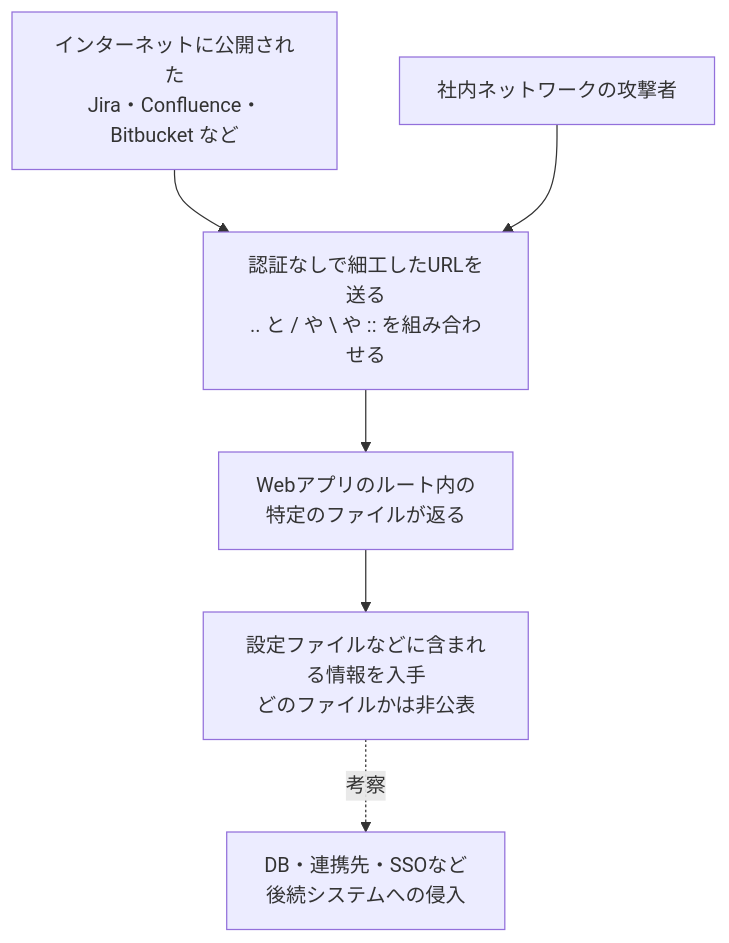
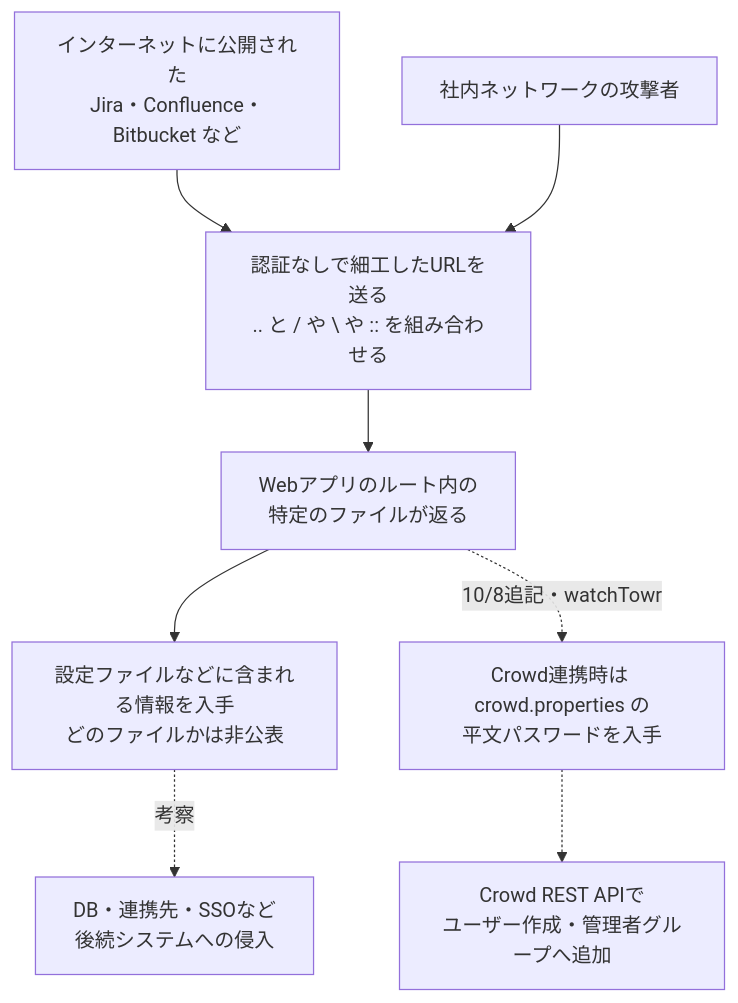
One commit to color4pen/security-notes changed the diagram in posts/2026-10-07-atlassian-data-center-cve-2026-21589-file-access.md. Above: the diagram before and after it, drawn with Mermaid. The commit also changed other lines of this file and 4 other files, not shown here.

````diff
--- a/posts/2026-10-07-atlassian-data-center-cve-2026-21589-file-access.md
+++ b/posts/2026-10-07-atlassian-data-center-cve-2026-21589-file-access.md
@@ -66,8 +82,10 @@
 ```mermaid
 flowchart TD
     A[インターネットに公開された<br/>Jira・Confluence・Bitbucket など] --> B[認証なしで細工したURLを送る<br/>.. と / や \ や :: を組み合わせる]
     B --> C[Webアプリのルート内の<br/>特定のファイルが返る]
     C --> D[設定ファイルなどに含まれる情報を入手<br/>どのファイルかは非公表]
     D -.->|考察| E[DB・連携先・SSOなど<br/>後続システムへの侵入]
     A2[社内ネットワークの攻撃者] --> B
+    C -.->|10/8追記・watchTowr| F[Crowd連携時は crowd.properties の<br/>平文パスワードを入手]
+    F -.-> G[Crowd REST APIで<br/>ユーザー作成・管理者グループへ追加]
 ```
````
